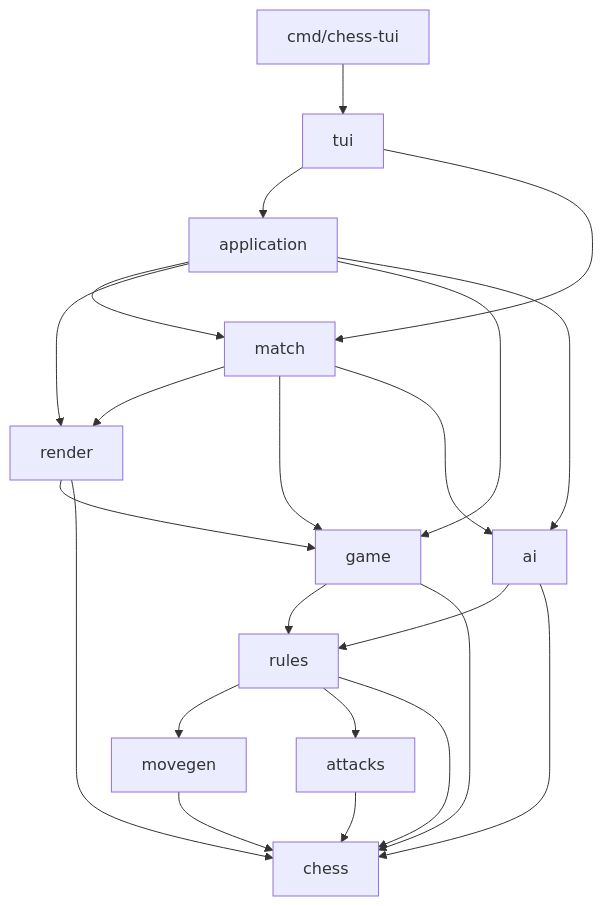
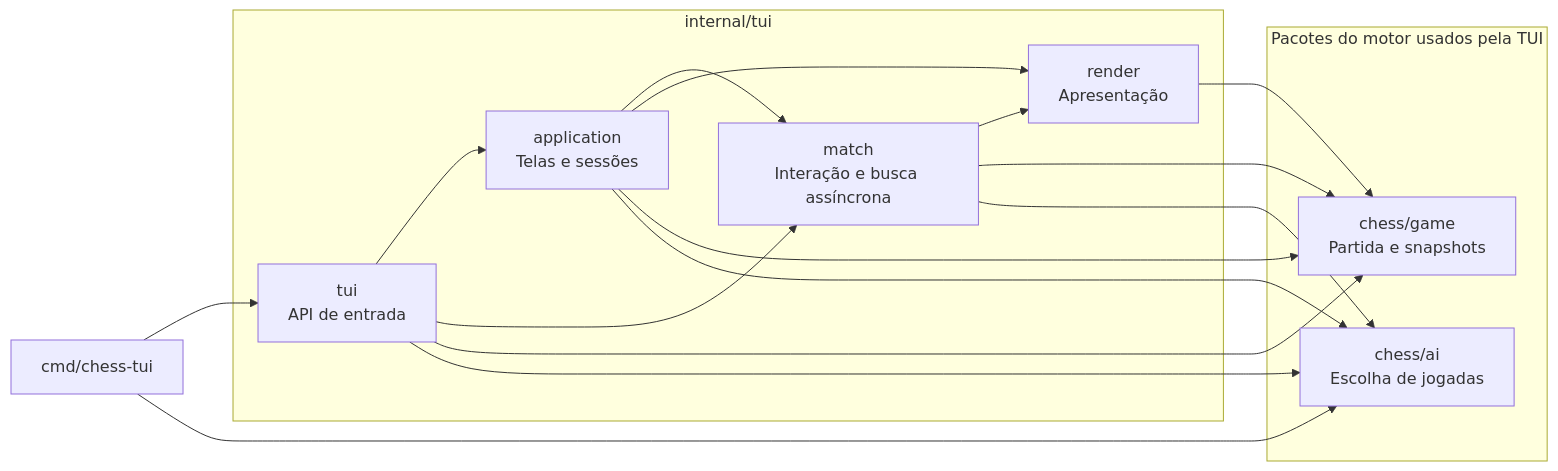
The first of 2 diagrams in README.md (gabrzb/chess-go), drawn with Mermaid before and after one commit. The commit also changed other lines of this file, not shown here.

Commit message:
docs: clarify architecture and verify package dependencies

````diff
--- a/README.md
+++ b/README.md
@@ -122,24 +129,31 @@
 ```mermaid
-flowchart TD
-    cmd["cmd/chess-tui"] --> tui
-    tui --> application
-    tui --> match
+flowchart LR
+    cli["cmd/chess-tui"]
+
+    subgraph ui["internal/tui"]
+        entry["tui<br/>API de entrada"]
+        application["application<br/>Telas e sessões"]
+        match["match<br/>Interação e busca assíncrona"]
+        render["render<br/>Apresentação"]
+    end
+
+    subgraph engine["Pacotes do motor usados pela TUI"]
+        game["chess/game<br/>Partida e snapshots"]
+        ai["chess/ai<br/>Escolha de jogadas"]
+    end
+
+    cli --> entry
+    cli --> ai
+    entry --> application
+    entry --> match
+    entry --> game
+    entry --> ai
     application --> match
     application --> render
     application --> game
     application --> ai
     match --> render
     match --> game
     match --> ai
     render --> game
-    render --> chess
-    ai --> rules
-    ai --> chess
-    game --> rules
-    game --> chess
-    rules --> movegen
-    rules --> attacks
-    rules --> chess
-    movegen --> chess
-    attacks --> chess
 ```
````
